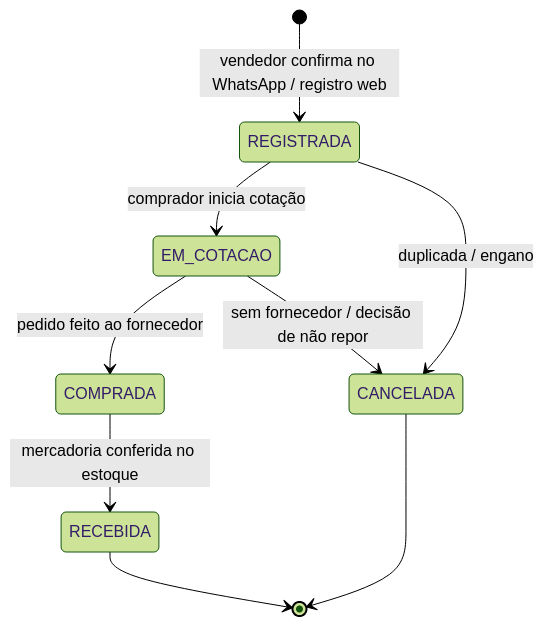
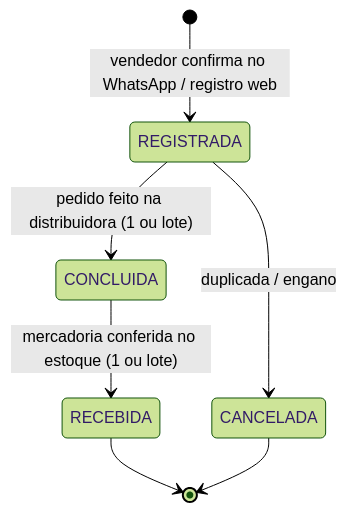
Before and after one commit to bruunosergio/meu-copiloto-backend: the second of 2 diagrams in docs/02-modelo-dominio.md, drawn with Mermaid (forest theme). The commit also changed other lines of this file and 54 other files, not shown here.

First line of the commit message:
feat: ciclo REGISTRADA-CONCLUIDA-RECEBIDA, lote, gerente, tarefas e emprestimos

````diff
--- a/docs/02-modelo-dominio.md
+++ b/docs/02-modelo-dominio.md
@@ -123,11 +152,9 @@
 ```mermaid
 stateDiagram-v2
     [*] --> REGISTRADA : vendedor confirma no WhatsApp / registro web
-    REGISTRADA --> EM_COTACAO : comprador inicia cotação
-    EM_COTACAO --> COMPRADA : pedido feito ao fornecedor
-    COMPRADA --> RECEBIDA : mercadoria conferida no estoque
+    REGISTRADA --> CONCLUIDA : pedido feito na distribuidora (1 ou lote)
+    CONCLUIDA --> RECEBIDA : mercadoria conferida no estoque (1 ou lote)
     REGISTRADA --> CANCELADA : duplicada / engano
-    EM_COTACAO --> CANCELADA : sem fornecedor / decisão de não repor
     RECEBIDA --> [*]
     CANCELADA --> [*]
 ```
````
